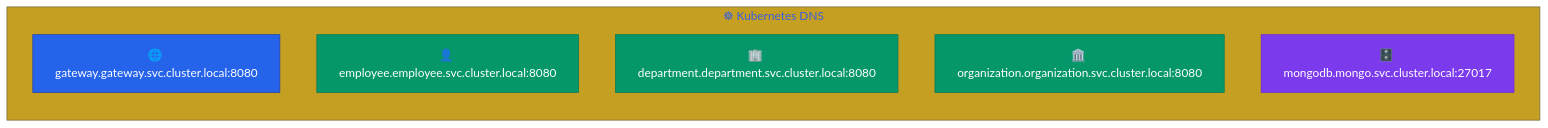
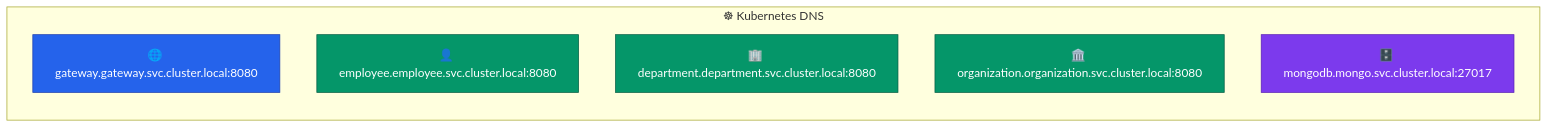
One commit to AndriyKalashnykov/spring-microservices-k8s changed the third of 3 diagrams in docs/reference-architecture.md. Above: the diagram before and after it, drawn with Mermaid. The commit also changed other lines of this file and 1 other file, not shown here.

````diff
--- a/docs/reference-architecture.md
+++ b/docs/reference-architecture.md
@@ -335,18 +337,16 @@
 ```mermaid
-%%{init: {'theme': 'base', 'themeVariables': {
-  'primaryColor': '#1e40af', 'primaryTextColor': '#fff',
-  'lineColor': '#3b82f6', 'fontFamily': 'monospace'
-}}}%%
+%% Theme-adaptive: no init directive so GitHub auto-switches between
+%% Mermaid's default and dark themes per viewer preference.
 graph LR
     subgraph dns ["☸ Kubernetes DNS"]
         G["🌐 gateway.gateway.svc.cluster.local:8080"]:::gateway
         E["👤 employee.employee.svc.cluster.local:8080"]:::service
         D["🏢 department.department.svc.cluster.local:8080"]:::service
         O["🏛️ organization.organization.svc.cluster.local:8080"]:::service
         M["🗄️ mongodb.mongo.svc.cluster.local:27017"]:::db
     end
 
-    classDef gateway fill:#2563eb,stroke:#1e40af,color:#fff
-    classDef service fill:#059669,stroke:#047857,color:#fff
-    classDef db fill:#7c3aed,stroke:#6d28d9,color:#fff
+    classDef gateway fill:#2563eb,stroke:#1e40af,color:#ffffff
+    classDef service fill:#059669,stroke:#065f46,color:#ffffff
+    classDef db fill:#7c3aed,stroke:#5b21b6,color:#ffffff
 ```
````
